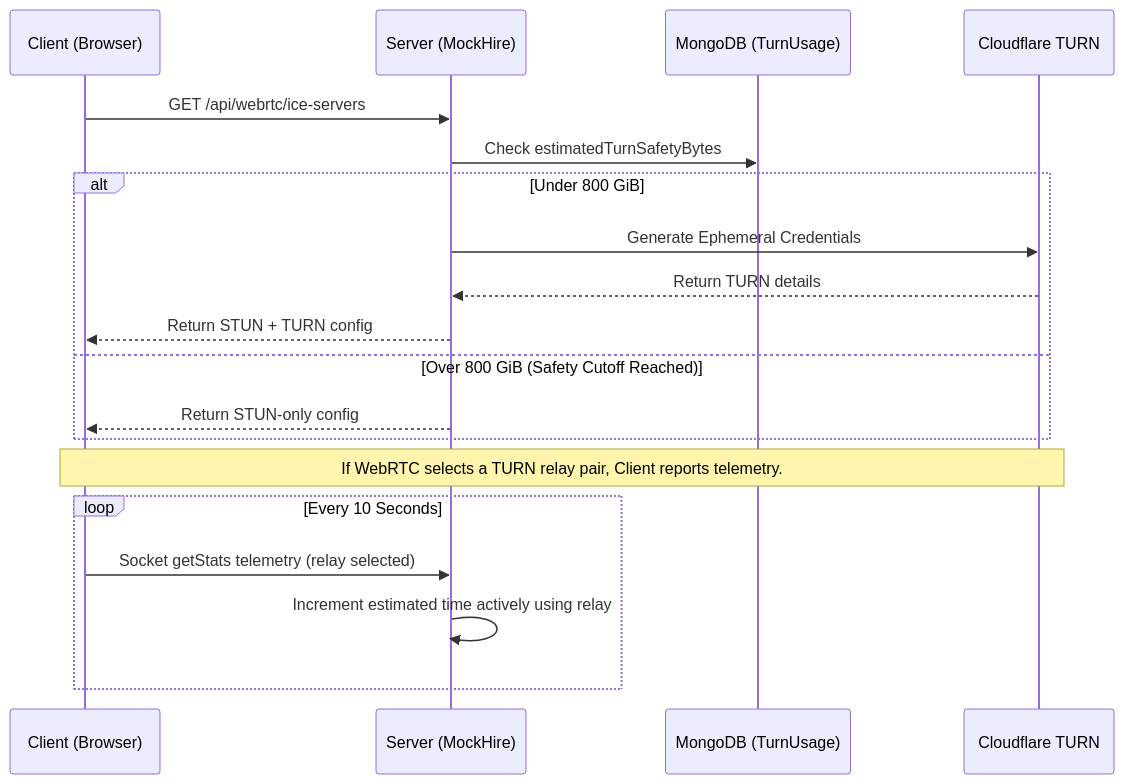
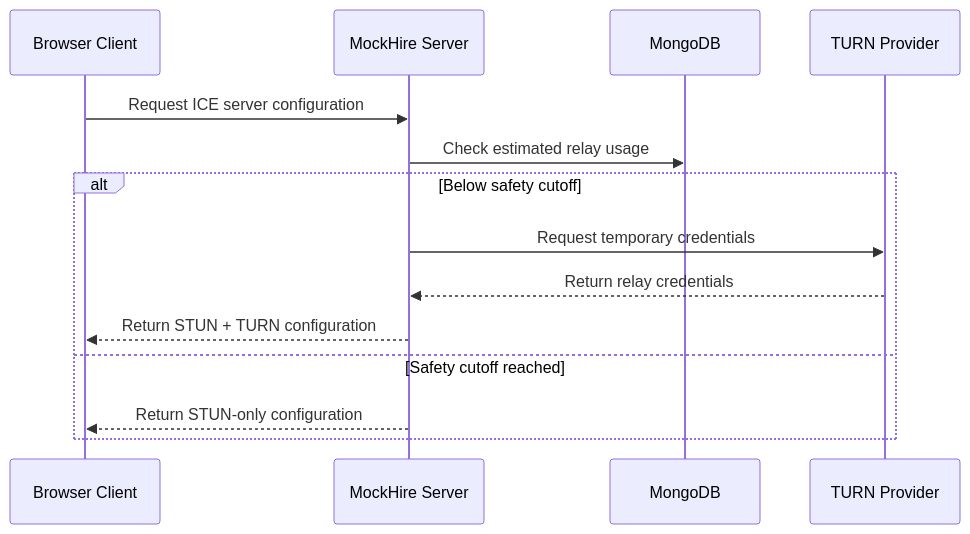
One commit to altafshaikh7/mockhire-video-interview-platform changed the second of 2 diagrams in README.md. Above: the diagram before and after it, drawn with Mermaid. The commit also changed other lines of this file, not shown here.

Commit message:
Update README with project details

````diff
--- a/README.md
+++ b/README.md
@@ -87,25 +96,18 @@
 ```mermaid
 sequenceDiagram
-    participant C as Client (Browser)
-    participant S as Server (MockHire)
-    participant DB as MongoDB (TurnUsage)
-    participant CF as Cloudflare TURN
+    participant C as Browser Client
+    participant S as MockHire Server
+    participant DB as MongoDB
+    participant T as TURN Provider
 
-    C->>S: GET /api/webrtc/ice-servers
-    S->>DB: Check estimatedTurnSafetyBytes
-    
-    alt Under 800 GiB
-        S->>CF: Generate Ephemeral Credentials
-        CF-->>S: Return TURN details
-        S-->>C: Return STUN + TURN config
-    else Over 800 GiB (Safety Cutoff Reached)
-        S-->>C: Return STUN-only config
-    end
+    C->>S: Request ICE server configuration
+    S->>DB: Check estimated relay usage
 
-    Note over C, CF: If WebRTC selects a TURN relay pair, Client reports telemetry.
-    
-    loop Every 10 Seconds
-        C->>S: Socket getStats telemetry (relay selected)
-        S->>S: Increment estimated time actively using relay
+    alt Below safety cutoff
+        S->>T: Request temporary credentials
+        T-->>S: Return relay credentials
+        S-->>C: Return STUN + TURN configuration
+    else Safety cutoff reached
+        S-->>C: Return STUN-only configuration
     end
 ```
````
